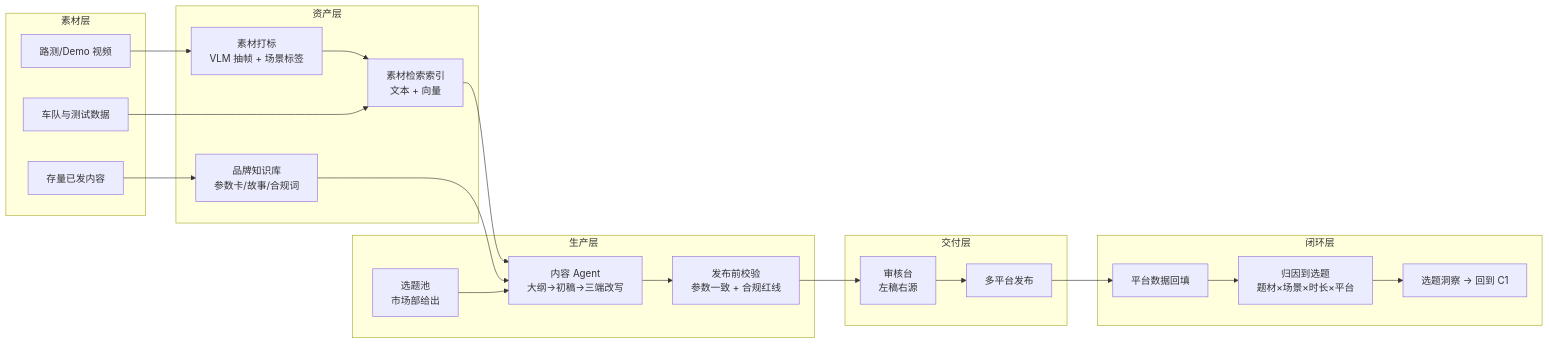
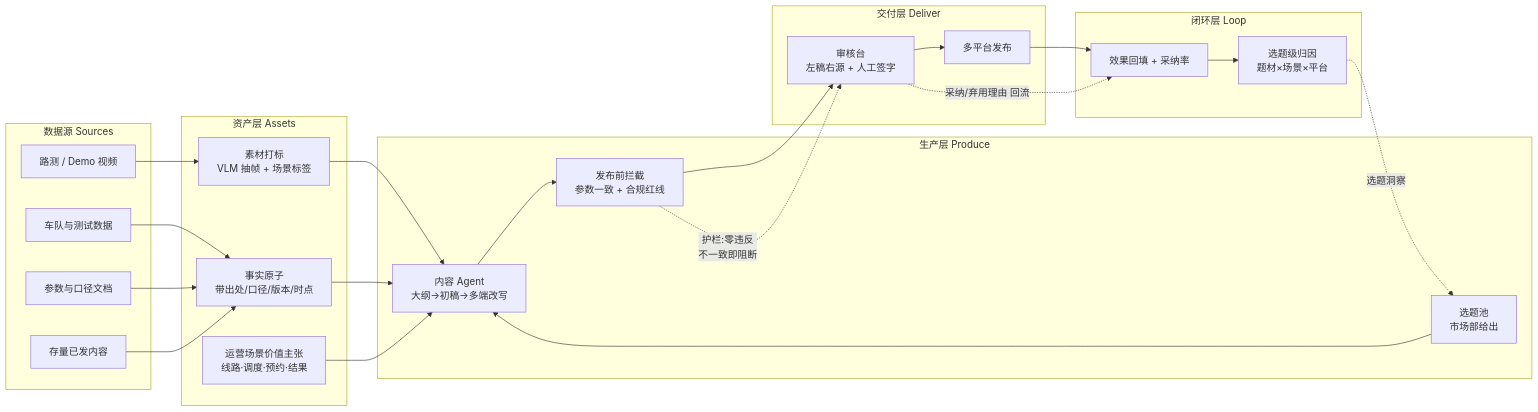
One commit to yhyu13/FDE20261023 changed the diagram in problems/02-申沃客车-智能驾驶内容工厂.md. Above: the diagram before and after it, drawn with Mermaid. The commit also changed other lines of this file and 10 other files, not shown here.

````diff
--- a/problems/02-申沃客车-智能驾驶内容工厂.md
+++ b/problems/02-申沃客车-智能驾驶内容工厂.md
@@ -148,39 +181,38 @@
 ```mermaid
 flowchart LR
-  subgraph 素材层
-    A1[路测/Demo 视频]
-    A2[车队与测试数据]
-    A3[存量已发内容]
+  subgraph 数据源 Sources
+    D1[路测 / Demo 视频]
+    D2[车队与测试数据]
+    D3[参数与口径文档]
+    D4[存量已发内容]
   end
-
-  subgraph 资产层
-    B1[素材打标<br/>VLM 抽帧 + 场景标签]
-    B2[素材检索索引<br/>文本 + 向量]
-    B3[品牌知识库<br/>参数卡/故事/合规词]
+  subgraph 资产层 Assets
+    A1[素材打标<br/>VLM 抽帧 + 场景标签]
+    A2[事实原子<br/>带出处/口径/版本/时点]
+    A3[运营场景价值主张<br/>线路·调度·预约·结果]
   end
-
-  subgraph 生产层
-    C1[选题池<br/>市场部给出]
-    C2[内容 Agent<br/>大纲→初稿→三端改写]
-    C3[发布前校验<br/>参数一致 + 合规红线]
+  subgraph 生产层 Produce
+    P1[选题池<br/>市场部给出]
+    P2[内容 Agent<br/>大纲→初稿→多端改写]
+    P3[发布前拦截<br/>参数一致 + 合规红线]
   end
-
-  subgraph 交付层
-    D1[审核台<br/>左稿右源]
-    D2[多平台发布]
+  subgraph 交付层 Deliver
+    U1[审核台<br/>左稿右源 + 人工签字]
+    U2[多平台发布]
   end
-
-  subgraph 闭环层
-    E1[平台数据回填]
-    E2[归因到选题<br/>题材×场景×时长×平台]
-    E3[选题洞察 → 回到 C1]
+  subgraph 闭环层 Loop
+    L1[效果回填 + 采纳率]
+    L2[选题级归因<br/>题材×场景×平台]
   end
-
-  A1 --> B1 --> B2
-  A2 --> B2
-  A3 --> B3
-  B2 --> C2
-  B3 --> C2
-  C1 --> C2
-  C2 --> C3 --> D1 --> D2 --> E1 --> E2 --> E3
+  D1 --> A1
+  D2 --> A2
+  D3 --> A2
+  D4 --> A2
+  A1 --> P2
+  A2 --> P2
+  A3 --> P2
+  P1 --> P2 --> P3 --> U1 --> U2 --> L1 --> L2
+  L2 -.选题洞察.-> P1
+  U1 -.采纳/弃用理由 回流.-> L1
+  P3 -.护栏:零违反<br/>不一致即阻断.-> U1
 ```
````
